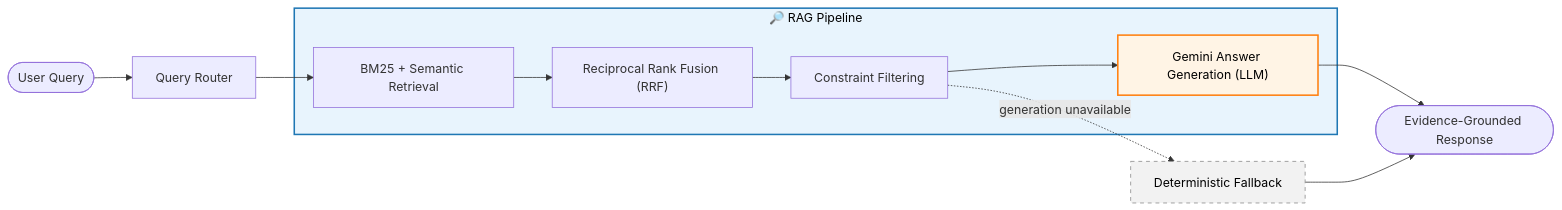
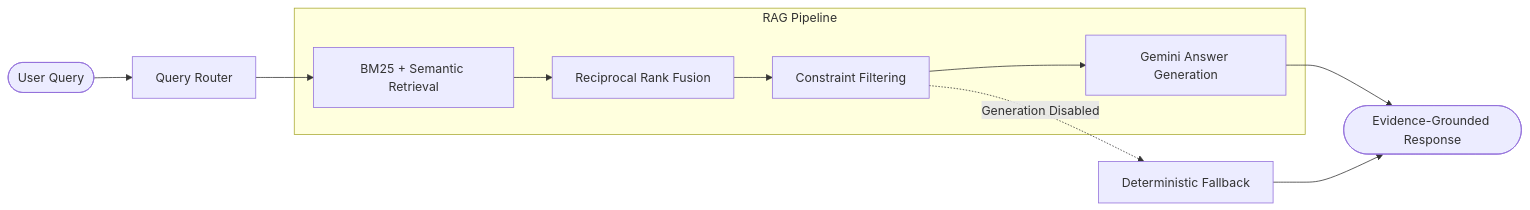
Before and after one commit to ANIRUDH-R2911/accessible-food-bank-assistant: the second of 2 diagrams in README.md, drawn with Mermaid. The commit also changed other lines of this file, not shown here.

````diff
--- a/README.md
+++ b/README.md
@@ -39,19 +43,16 @@
 ```mermaid
 flowchart LR
     A([User Query]) --> B[Query Router]
 
-    subgraph RAG["🔎 RAG Pipeline"]
-        C["BM25 + Semantic Retrieval"] --> D["Reciprocal Rank Fusion (RRF)"]
-        D --> E["Constraint Filtering"]
-        E --> F["Gemini Answer Generation (LLM)"]
+    subgraph RAG["RAG Pipeline"]
+        C[BM25 + Semantic Retrieval]
+        C --> D[Reciprocal Rank Fusion]
+        D --> E[Constraint Filtering]
+        E --> F[Gemini Answer Generation]
     end
 
     B --> C
-    E -. "generation unavailable" .-> G["Deterministic Fallback"]
+    E -. Generation Disabled .-> G[Deterministic Fallback]
     F --> H([Evidence-Grounded Response])
     G --> H
-
-    style RAG fill:#e8f4fd,stroke:#1f77b4,stroke-width:2px,color:#000
-    style F fill:#fff4e5,stroke:#ff7f0e,stroke-width:2px,color:#000
-    style G fill:#f2f2f2,stroke:#888,stroke-dasharray: 5 5,color:#000
 ```
````
